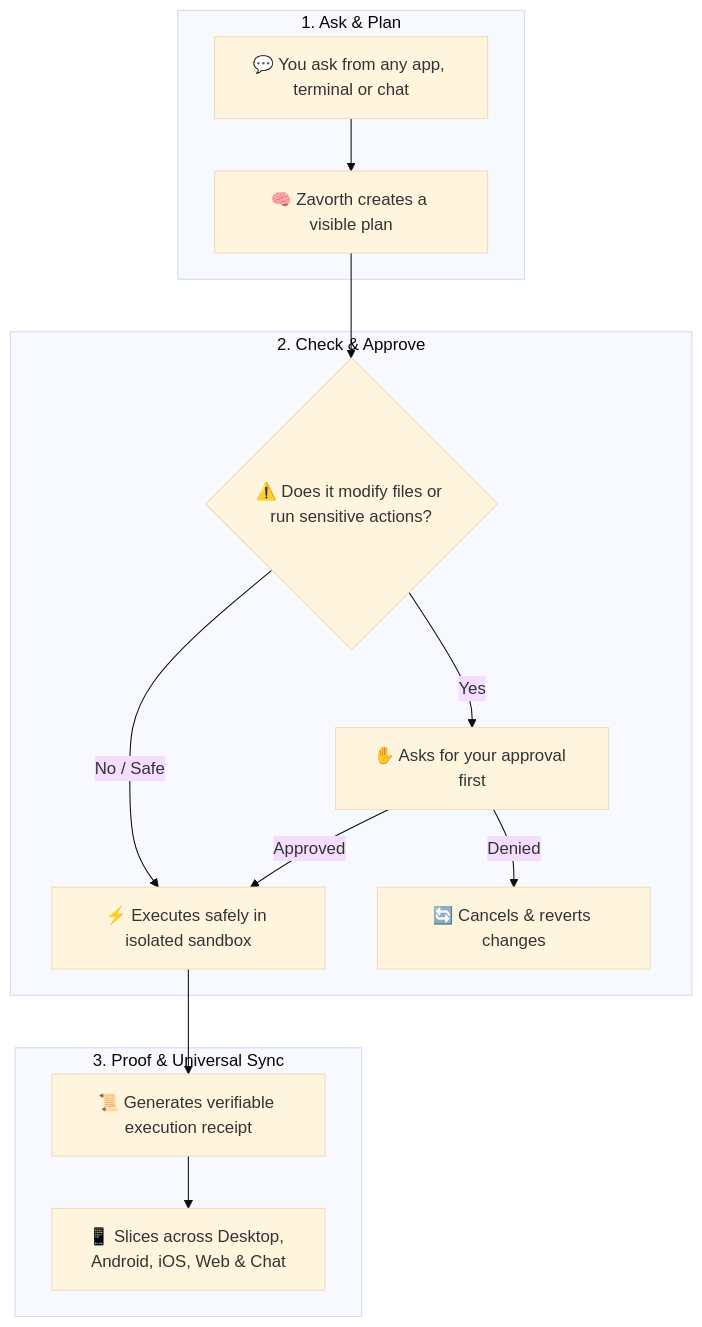
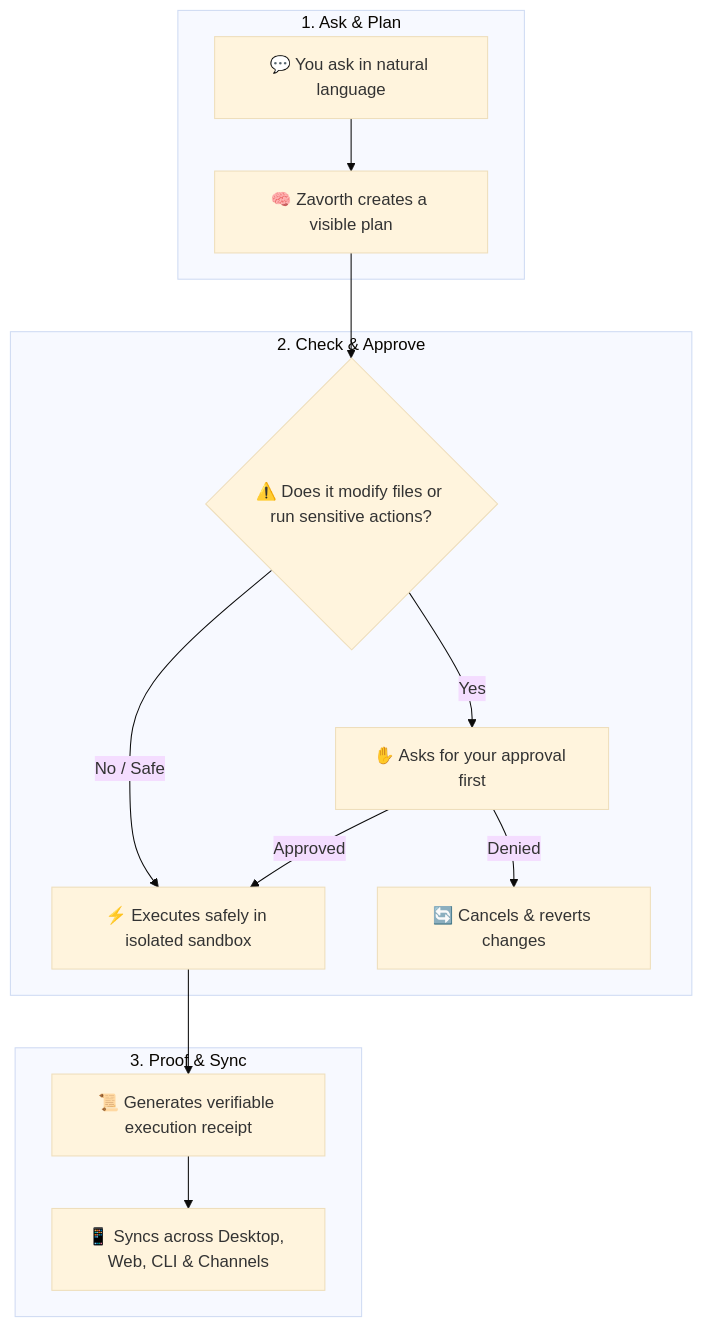
One commit to zavorth/zavorth changed the diagram in README.md. Above: the diagram before and after it, drawn with Mermaid (base theme). The commit also changed other lines of this file, not shown here.

Commit message:
docs: refine surfaces and gateways to strictly reflect active production capabilities

````diff
--- a/README.md
+++ b/README.md
@@ -75,19 +75,19 @@
 ```mermaid
 graph TD
     subgraph Step1["1. Ask & Plan"]
-        User["💬 You ask from any app, terminal or chat"] --> Planner["🧠 Zavorth creates a visible plan"]
+        User["💬 You ask in natural language"] --> Planner["🧠 Zavorth creates a visible plan"]
     end
 
     subgraph Step2["2. Check & Approve"]
         Planner --> Risk{"⚠️ Does it modify files or run sensitive actions?"}
         Risk -->|Yes| Approval["✋ Asks for your approval first"]
         Risk -->|No / Safe| Execute["⚡ Executes safely in isolated sandbox"]
         Approval -->|Approved| Execute
         Approval -->|Denied| Cancel["🔄 Cancels & reverts changes"]
     end
 
-    subgraph Step3["3. Proof & Universal Sync"]
+    subgraph Step3["3. Proof & Sync"]
         Execute --> Receipt["📜 Generates verifiable execution receipt"]
-        Receipt --> Surfaces["📱 Slices across Desktop, Android, iOS, Web & Chat"]
+        Receipt --> Surfaces["📱 Syncs across Desktop, Web, CLI & Channels"]
     end
 ```
````
